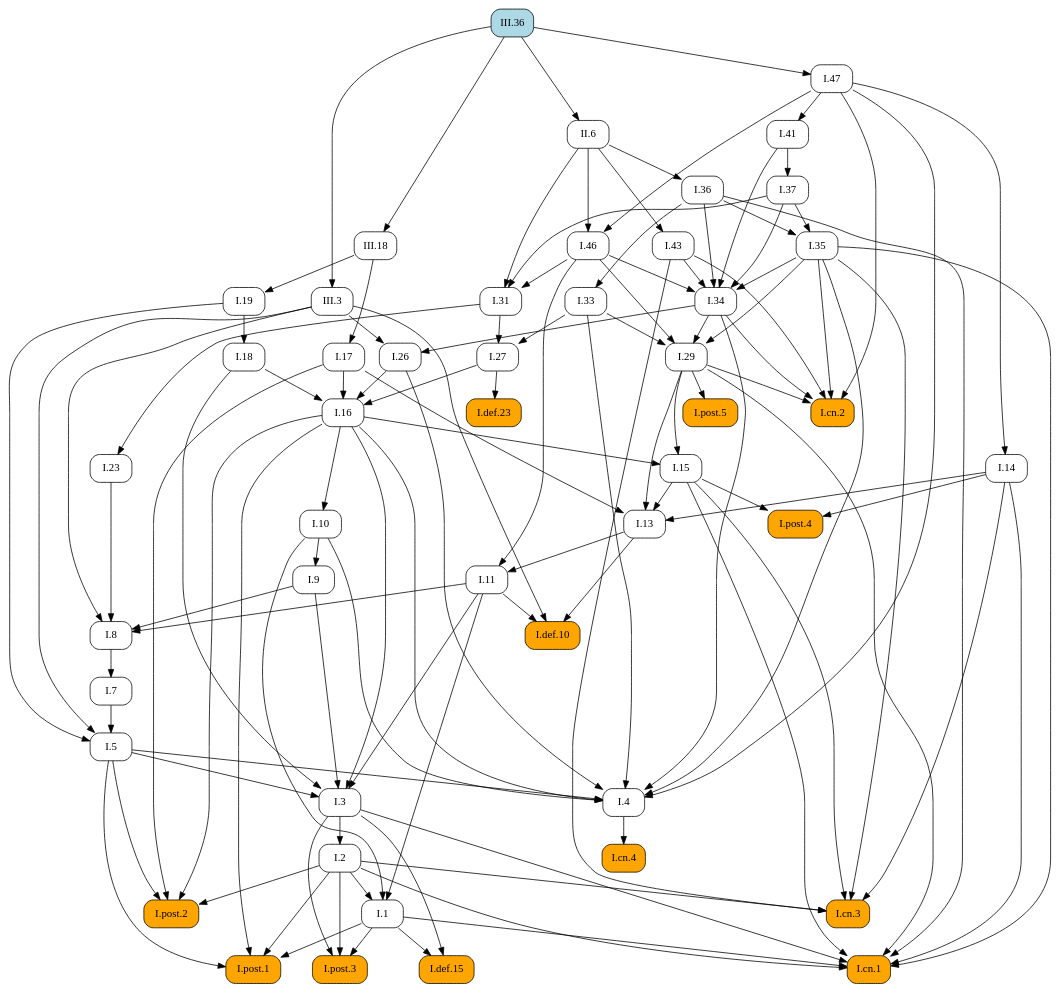
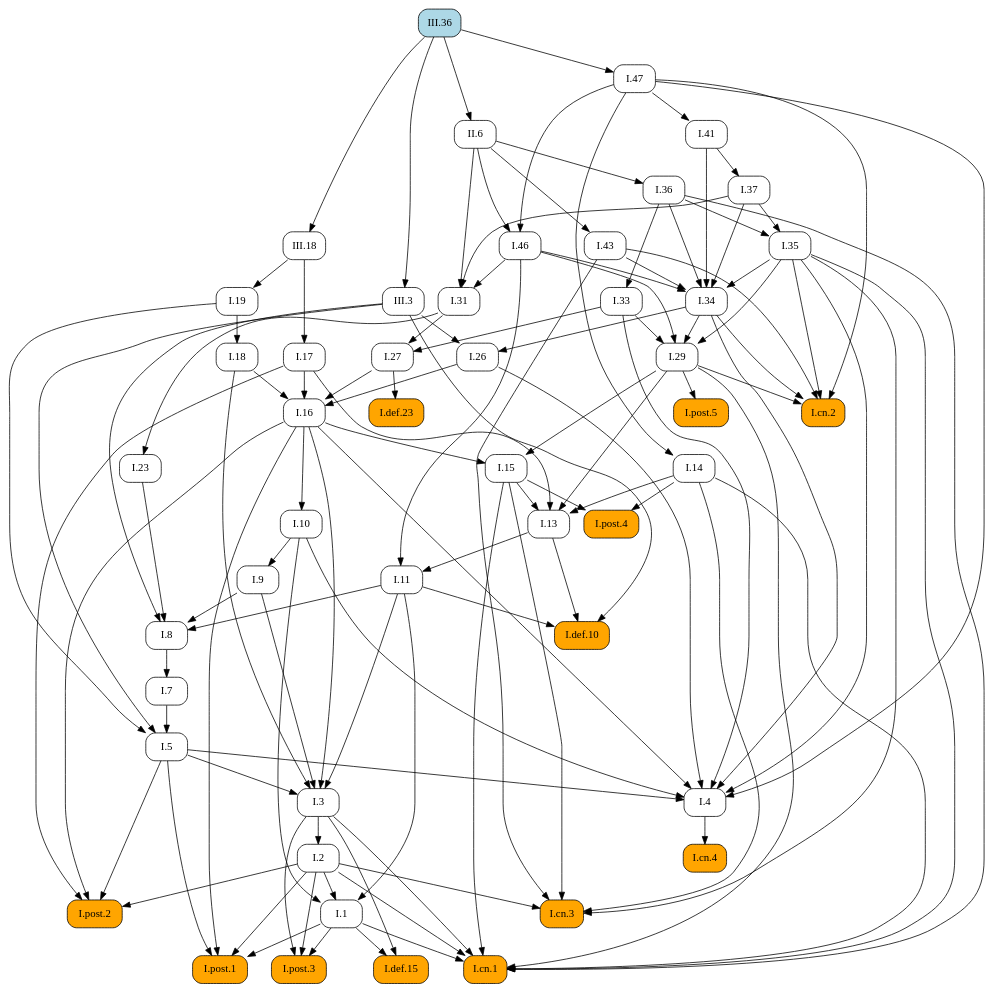
Before and after one commit to geometor/elements: the diagram in docsrc/elements2/III/36/index.rst, drawn with Graphviz. The commit also changed other lines of this file and 409 other files, not shown here.

First line of the commit message:
feat: Add image cropping and graphic extraction script

```diff
--- a/docsrc/elements2/III/36/index.rst
+++ b/docsrc/elements2/III/36/index.rst
@@ -72,113 +72,73 @@
    digraph {
      rankdir="TB";
      node [shape=box, style=rounded];
+     "III.18" [URL="/elements2/III/18/", target="_top"];
+     "I.43" [URL="/elements2/I/43/", target="_top"];
+     "I.37" [URL="/elements2/I/37/", target="_top"];
+     "I.31" [URL="/elements2/I/31/", target="_top"];
+     "I.41" [URL="/elements2/I/41/", target="_top"];
      "I.8" [URL="/elements2/I/8/", target="_top"];
+     "I.5" [URL="/elements2/I/5/", target="_top"];
+     "I.47" [URL="/elements2/I/47/", target="_top"];
+     "I.15" [URL="/elements2/I/15/", target="_top"];
+     "III.36" [style="rounded,filled", fillcolor=lightblue, URL="/elements2/III/36/", target="_top"];
+     "I.17" [URL="/elements2/I/17/", target="_top"];
+     "I.26" [URL="/elements2/I/26/", target="_top"];
+     "I.cn.1" [style="rounded,filled", fillcolor=orange, URL="/elements2/I/cn.1/", target="_top"];
+     "I.7" [URL="/elements2/I/7/", target="_top"];
+     "I.23" [URL="/elements2/I/23/", target="_top"];
+     "I.16" [URL="/elements2/I/16/", target="_top"];
+     "I.35" [URL="/elements2/I/35/", target="_top"];
+     "I.34" [URL="/elements2/I/34/", target="_top"];
+     "I.33" [URL="/elements2/I/33/", target="_top"];
+     "I.def.15" [style="rounded,filled", fillcolor=orange, URL="/elements2/I/def.15/", target="_top"];
      "I.46" [URL="/elements2/I/46/", target="_top"];
+     "I.19" [URL="/elements2/I/19/", target="_top"];
+     "I.def.10" [style="rounded,filled", fillcolor=orange, URL="/elements2/I/def.10/", target="_top"];
+     "I.post.4" [style="rounded,filled", fillcolor=orange, URL="/elements2/I/post.4/", target="_top"];
+     "I.11" [URL="/elements2/I/11/", target="_top"];
+     "I.18" [URL="/elements2/I/18/", target="_top"];
+     "I.def.23" [style="rounded,filled", fillcolor=orange, URL="/elements2/I/def.23/", target="_top"];
+     "I.post.5" [style="rounded,filled", fillcolor=orange, URL="/elements2/I/post.5/", target="_top"];
+     "I.3" [URL="/elements2/I/3/", target="_top"];
+     "I.14" [URL="/elements2/I/14/", target="_top"];
+     "I.10" [URL="/elements2/I/10/", target="_top"];
+     "I.cn.3" [style="rounded,filled", fillcolor=orange, URL="/elements2/I/cn.3/", target="_top"];
+     "I.13" [URL="/elements2/I/13/", target="_top"];
+     "I.4" [URL="/elements2/I/4/", target="_top"];
+     "I.post.3" [style="rounded,filled", fillcolor=orange, URL="/elements2/I/post.3/", target="_top"];
+     "III.3" [URL="/elements2/III/3/", target="_top"];
+     "I.9" [URL="/elements2/I/9/", target="_top"];
+     "I.29" [URL="/elements2/I/29/", target="_top"];
      "I.36" [URL="/elements2/I/36/", target="_top"];
-     "III.36" [style="rounded,filled", fillcolor=lightblue, URL="/elements2/III/36/", target="_top"];
-     "I.47" [URL="/elements2/I/47/", target="_top"];
-     "I.14" [URL="/elements2/I/14/", target="_top"];
      "I.post.1" [style="rounded,filled", fillcolor=orange, URL="/elements2/I/post.1/", target="_top"];
-     "I.33" [URL="/elements2/I/33/", target="_top"];
-     "I.5" [URL="/elements2/I/5/", target="_top"];
-     "I.post.5" [style="rounded,filled", fillcolor=orange, URL="/elements2/I/post.5/", target="_top"];
-     "I.def.10" [style="rounded,filled", fillcolor=orange, URL="/elements2/I/def.10/", target="_top"];
-     "III.3" [URL="/elements2/III/3/", target="_top"];
-     "I.cn.2" [style="rounded,filled", fillcolor=orange, URL="/elements2/I/cn.2/", target="_top"];
-     "I.def.15" [style="rounded,filled", fillcolor=orange, URL="/elements2/I/def.15/", target="_top"];
-     "I.31" [URL="/elements2/I/31/", target="_top"];
-     "I.11" [URL="/elements2/I/11/", target="_top"];
-     "I.43" [URL="/elements2/I/43/", target="_top"];
-     "I.post.2" [style="rounded,filled", fillcolor=orange, URL="/elements2/I/post.2/", target="_top"];
-     "I.3" [URL="/elements2/I/3/", target="_top"];
-     "I.def.23" [style="rounded,filled", fillcolor=orange, URL="/elements2/I/def.23/", target="_top"];
-     "I.26" [URL="/elements2/I/26/", target="_top"];
-     "I.19" [URL="/elements2/I/19/", target="_top"];
-     "I.cn.3" [style="rounded,filled", fillcolor=orange, URL="/elements2/I/cn.3/", target="_top"];
-     "I.cn.4" [style="rounded,filled", fillcolor=orange, URL="/elements2/I/cn.4/", target="_top"];
-     "I.1" [URL="/elements2/I/1/", target="_top"];
-     "I.7" [URL="/elements2/I/7/", target="_top"];
-     "I.17" [URL="/elements2/I/17/", target="_top"];
-     "I.9" [URL="/elements2/I/9/", target="_top"];
-     "I.cn.1" [style="rounded,filled", fillcolor=orange, URL="/elements2/I/cn.1/", target="_top"];
-     "I.29" [URL="/elements2/I/29/", target="_top"];
-     "I.post.4" [style="rounded,filled", fillcolor=orange, URL="/elements2/I/post.4/", target="_top"];
-     "I.16" [URL="/elements2/I/16/", target="_top"];
-     "I.13" [URL="/elements2/I/13/", target="_top"];
-     "I.18" [URL="/elements2/I/18/", target="_top"];
-     "I.41" [URL="/elements2/I/41/", target="_top"];
-     "I.35" [URL="/elements2/I/35/", target="_top"];
      "I.2" [URL="/elements2/I/2/", target="_top"];
      "II.6" [URL="/elements2/II/6/", target="_top"];
-     "I.37" [URL="/elements2/I/37/", target="_top"];
      "I.27" [URL="/elements2/I/27/", target="_top"];
-     "III.18" [URL="/elements2/III/18/", target="_top"];
-     "I.4" [URL="/elements2/I/4/", target="_top"];
-     "I.10" [URL="/elements2/I/10/", target="_top"];
-     "I.15" [URL="/elements2/I/15/", target="_top"];
-     "I.34" [URL="/elements2/I/34/", target="_top"];
-     "I.23" [URL="/elements2/I/23/", target="_top"];
-     "I.post.3" [style="rounded,filled", fillcolor=orange, URL="/elements2/I/post.3/", target="_top"];
+     "I.cn.4" [style="rounded,filled", fillcolor=orange, URL="/elements2/I/cn.4/", target="_top"];
+     "I.cn.2" [style="rounded,filled", fillcolor=orange, URL="/elements2/I/cn.2/", target="_top"];
+     "I.1" [URL="/elements2/I/1/", target="_top"];
+     "I.post.2" [style="rounded,filled", fillcolor=orange, URL="/elements2/I/post.2/", target="_top"];
+     "III.36" -> "III.18";
+     "II.6" -> "I.43";
+     "I.41" -> "I.37";
+     "I.37" -> "I.31";
+     "I.46" -> "I.31";
+     "II.6" -> "I.31";
+     "I.47" -> "I.41";
      "I.9" -> "I.8";
      "I.11" -> "I.8";
      "I.23" -> "I.8";
      "III.3" -> "I.8";
-     "I.47" -> "I.46";
-     "II.6" -> "I.46";
-     "II.6" -> "I.36";
-     "III.36" -> "I.47";
-     "I.47" -> "I.14";
-     "I.1" -> "I.post.1";
-     "I.2" -> "I.post.1";
-     "I.5" -> "I.post.1";
-     "I.16" -> "I.post.1";
-     "I.36" -> "I.33";
      "I.7" -> "I.5";
      "I.19" -> "I.5";
      "III.3" -> "I.5";
-     "I.29" -> "I.post.5";
-     "I.11" -> "I.def.10";
-     "I.13" -> "I.def.10";
-     "III.3" -> "I.def.10";
-     "III.36" -> "III.3";
-     "I.29" -> "I.cn.2";
-     "I.34" -> "I.cn.2";
-     "I.35" -> "I.cn.2";
-     "I.43" -> "I.cn.2";
-     "I.47" -> "I.cn.2";
-     "I.1" -> "I.def.15";
-     "I.3" -> "I.def.15";
-     "I.37" -> "I.31";
-     "I.46" -> "I.31";
-     "II.6" -> "I.31";
-     "I.13" -> "I.11";
-     "I.46" -> "I.11";
-     "II.6" -> "I.43";
-     "I.2" -> "I.post.2";
-     "I.5" -> "I.post.2";
-     "I.16" -> "I.post.2";
-     "I.17" -> "I.post.2";
-     "I.5" -> "I.3";
-     "I.9" -> "I.3";
-     "I.11" -> "I.3";
-     "I.16" -> "I.3";
-     "I.18" -> "I.3";
-     "I.27" -> "I.def.23";
+     "III.36" -> "I.47";
+     "I.16" -> "I.15";
+     "I.29" -> "I.15";
+     "III.18" -> "I.17";
      "I.34" -> "I.26";
      "III.3" -> "I.26";
-     "III.18" -> "I.19";
-     "I.2" -> "I.cn.3";
-     "I.14" -> "I.cn.3";
-     "I.15" -> "I.cn.3";
-     "I.35" -> "I.cn.3";
-     "I.43" -> "I.cn.3";
-     "I.4" -> "I.cn.4";
-     "I.2" -> "I.1";
-     "I.10" -> "I.1";
-     "I.11" -> "I.1";
-     "I.8" -> "I.7";
-     "III.18" -> "I.17";
-     "I.10" -> "I.9";
      "I.1" -> "I.cn.1";
      "I.2" -> "I.cn.1";
      "I.3" -> "I.cn.1";
@@ -187,30 +147,52 @@
      "I.29" -> "I.cn.1";
      "I.35" -> "I.cn.1";
      "I.36" -> "I.cn.1";
-     "I.33" -> "I.29";
-     "I.34" -> "I.29";
-     "I.35" -> "I.29";
-     "I.46" -> "I.29";
-     "I.14" -> "I.post.4";
-     "I.15" -> "I.post.4";
+     "I.8" -> "I.7";
+     "I.31" -> "I.23";
      "I.17" -> "I.16";
      "I.18" -> "I.16";
      "I.26" -> "I.16";
      "I.27" -> "I.16";
+     "I.36" -> "I.35";
+     "I.37" -> "I.35";
+     "I.35" -> "I.34";
+     "I.36" -> "I.34";
+     "I.37" -> "I.34";
+     "I.41" -> "I.34";
+     "I.43" -> "I.34";
+     "I.46" -> "I.34";
+     "I.36" -> "I.33";
+     "I.1" -> "I.def.15";
+     "I.3" -> "I.def.15";
+     "I.47" -> "I.46";
+     "II.6" -> "I.46";
+     "III.18" -> "I.19";
+     "I.11" -> "I.def.10";
+     "I.13" -> "I.def.10";
+     "III.3" -> "I.def.10";
+     "I.14" -> "I.post.4";
+     "I.15" -> "I.post.4";
+     "I.13" -> "I.11";
+     "I.46" -> "I.11";
+     "I.19" -> "I.18";
+     "I.27" -> "I.def.23";
+     "I.29" -> "I.post.5";
+     "I.5" -> "I.3";
+     "I.9" -> "I.3";
+     "I.11" -> "I.3";
+     "I.16" -> "I.3";
+     "I.18" -> "I.3";
+     "I.47" -> "I.14";
+     "I.16" -> "I.10";
+     "I.2" -> "I.cn.3";
+     "I.14" -> "I.cn.3";
+     "I.15" -> "I.cn.3";
+     "I.35" -> "I.cn.3";
+     "I.43" -> "I.cn.3";
      "I.14" -> "I.13";
      "I.15" -> "I.13";
      "I.17" -> "I.13";
      "I.29" -> "I.13";
-     "I.19" -> "I.18";
-     "I.47" -> "I.41";
-     "I.36" -> "I.35";
-     "I.37" -> "I.35";
-     "I.3" -> "I.2";
-     "III.36" -> "II.6";
-     "I.41" -> "I.37";
-     "I.31" -> "I.27";
-     "I.33" -> "I.27";
-     "III.36" -> "III.18";
      "I.5" -> "I.4";
      "I.10" -> "I.4";
      "I.16" -> "I.4";
@@ -219,17 +201,35 @@
      "I.34" -> "I.4";
      "I.35" -> "I.4";
      "I.47" -> "I.4";
-     "I.16" -> "I.10";
-     "I.16" -> "I.15";
-     "I.29" -> "I.15";
-     "I.35" -> "I.34";
-     "I.36" -> "I.34";
-     "I.37" -> "I.34";
-     "I.41" -> "I.34";
-     "I.43" -> "I.34";
-     "I.46" -> "I.34";
-     "I.31" -> "I.23";
      "I.1" -> "I.post.3";
      "I.2" -> "I.post.3";
      "I.3" -> "I.post.3";
+     "III.36" -> "III.3";
+     "I.10" -> "I.9";
+     "I.33" -> "I.29";
+     "I.34" -> "I.29";
+     "I.35" -> "I.29";
+     "I.46" -> "I.29";
+     "II.6" -> "I.36";
+     "I.1" -> "I.post.1";
+     "I.2" -> "I.post.1";
+     "I.5" -> "I.post.1";
+     "I.16" -> "I.post.1";
+     "I.3" -> "I.2";
+     "III.36" -> "II.6";
+     "I.31" -> "I.27";
+     "I.33" -> "I.27";
+     "I.4" -> "I.cn.4";
+     "I.29" -> "I.cn.2";
+     "I.34" -> "I.cn.2";
+     "I.35" -> "I.cn.2";
+     "I.43" -> "I.cn.2";
+     "I.47" -> "I.cn.2";
+     "I.2" -> "I.1";
+     "I.10" -> "I.1";
+     "I.11" -> "I.1";
+     "I.2" -> "I.post.2";
+     "I.5" -> "I.post.2";
+     "I.16" -> "I.post.2";
+     "I.17" -> "I.post.2";
    }
```
